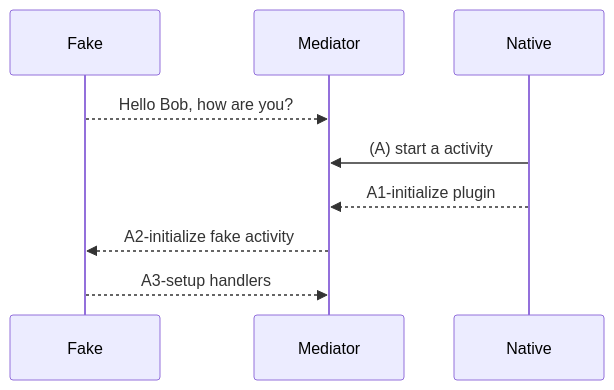
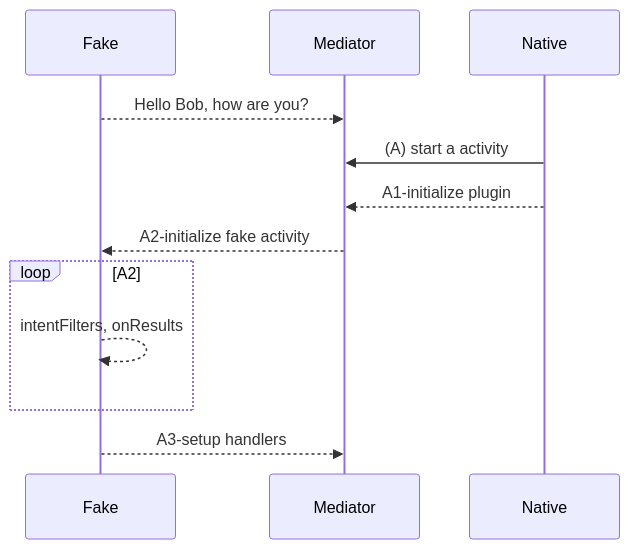
The second of 2 diagrams in flutter/addActivityResultListener.md (gordianknotC/nxp_note), drawn with Mermaid before and after one commit. The commit also changed other lines of this file, not shown here.

Commit message:
flutter/addActivityResultListener.md updated from https://stackedit.io/

````diff
--- a/flutter/addActivityResultListener.md
+++ b/flutter/addActivityResultListener.md
@@ -55,9 +55,11 @@
 ```mermaid
 sequenceDiagram
 Fake -->> Mediator: Hello Bob, how are you?
 Native ->> Mediator: (A) start a activity
 Native -->> Mediator: A1-initialize plugin
 Mediator -->> Fake: A2-initialize fake activity
-
+loop A2
+	Fake -->> Fake: intentFilters, onResults
+end
 Fake -->> Mediator: A3-setup handlers
 ```
````
